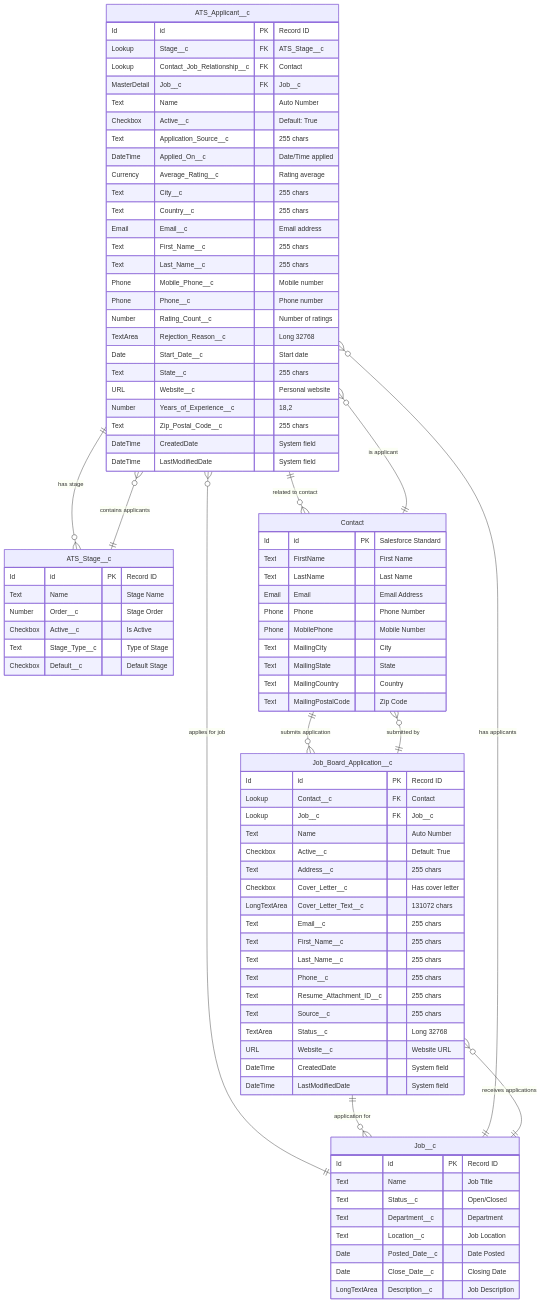
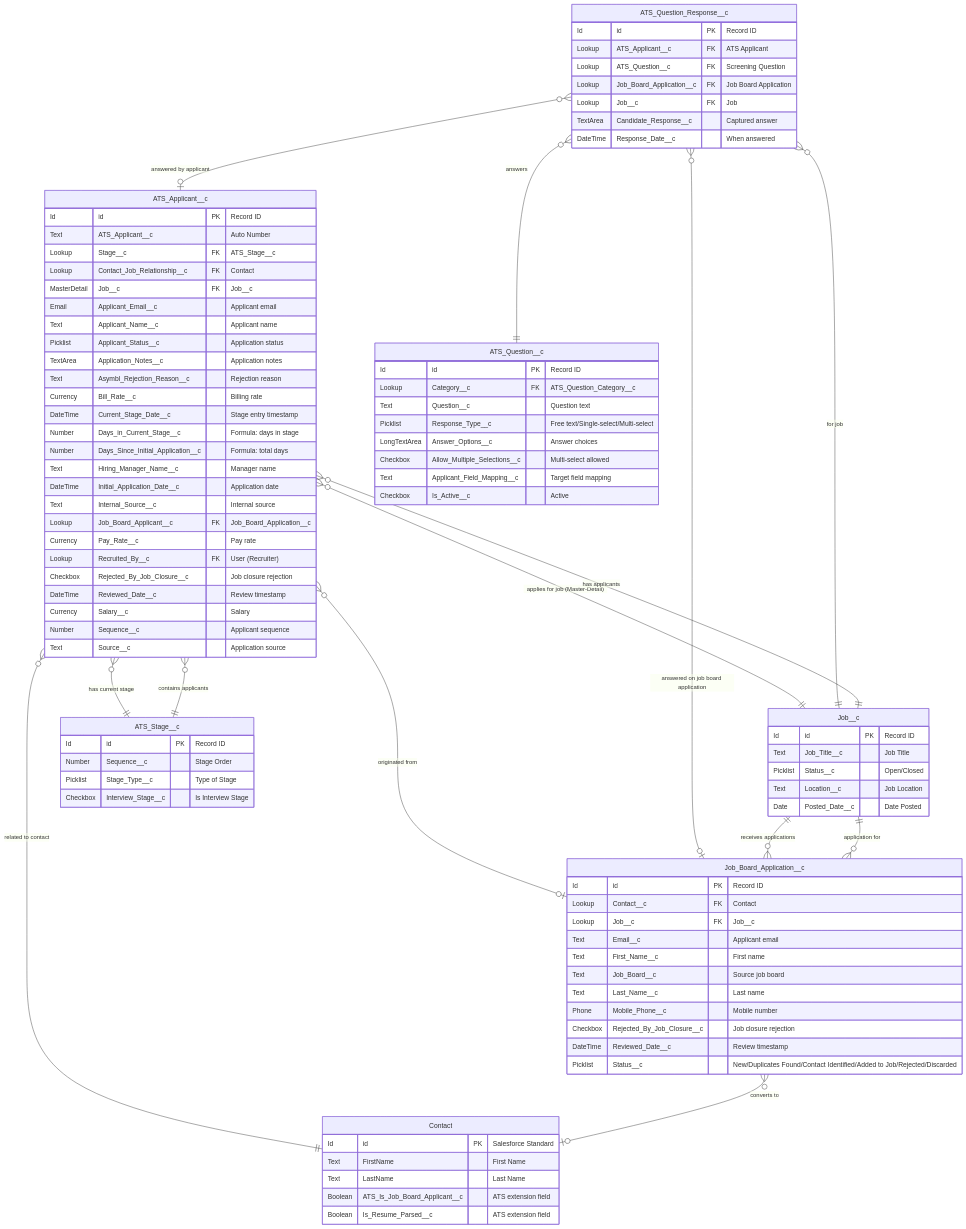
The diagram in ATS/ERD_Applicant_Management.md (asymblinc/ProductDocumentations), drawn with Mermaid before and after one commit. The commit also changed other lines of this file and 12 other files, not shown here.

First line of the commit message:
docs(ATS): refresh against bpats master, remove fabricated content

````diff
--- a/ATS/ERD_Applicant_Management.md
+++ b/ATS/ERD_Applicant_Management.md
@@ -7,99 +9,105 @@
     %% Color coding for different object types
     ATS_Applicant__c {
         Id id PK "Record ID"
+        Text ATS_Applicant__c "Auto Number"
         Lookup Stage__c FK "ATS_Stage__c"
         Lookup Contact_Job_Relationship__c FK "Contact"
         MasterDetail Job__c FK "Job__c"
-        Text Name "Auto Number"
-        Checkbox Active__c "Default: True"
-        Text Application_Source__c "255 chars"
-        DateTime Applied_On__c "Date/Time applied"
-        Currency Average_Rating__c "Rating average"
-        Text City__c "255 chars"
-        Text Country__c "255 chars"
-        Email Email__c "Email address"
-        Text First_Name__c "255 chars"
-        Text Last_Name__c "255 chars"
-        Phone Mobile_Phone__c "Mobile number"
-        Phone Phone__c "Phone number"
-        Number Rating_Count__c "Number of ratings"
-        TextArea Rejection_Reason__c "Long 32768"
-        Date Start_Date__c "Start date"
-        Text State__c "255 chars"
-        URL Website__c "Personal website"
-        Number Years_of_Experience__c "18,2"
-        Text Zip_Postal_Code__c "255 chars"
-        DateTime CreatedDate "System field"
-        DateTime LastModifiedDate "System field"
+        Email Applicant_Email__c "Applicant email"
+        Text Applicant_Name__c "Applicant name"
+        Picklist Applicant_Status__c "Application status"
+        TextArea Application_Notes__c "Application notes"
+        Text Asymbl_Rejection_Reason__c "Rejection reason"
+        Currency Bill_Rate__c "Billing rate"
+        DateTime Current_Stage_Date__c "Stage entry timestamp"
+        Number Days_in_Current_Stage__c "Formula: days in stage"
+        Number Days_Since_Initial_Application__c "Formula: total days"
+        Text Hiring_Manager_Name__c "Manager name"
+        DateTime Initial_Application_Date__c "Application date"
+        Text Internal_Source__c "Internal source"
+        Lookup Job_Board_Applicant__c FK "Job_Board_Application__c"
+        Currency Pay_Rate__c "Pay rate"
+        Lookup Recruited_By__c FK "User (Recruiter)"
+        Checkbox Rejected_By_Job_Closure__c "Job closure rejection"
+        DateTime Reviewed_Date__c "Review timestamp"
+        Currency Salary__c "Salary"
+        Number Sequence__c "Applicant sequence"
+        Text Source__c "Application source"
     }
 
     Job_Board_Application__c {
         Id id PK "Record ID"
         Lookup Contact__c FK "Contact"
         Lookup Job__c FK "Job__c"
-        Text Name "Auto Number"
-        Checkbox Active__c "Default: True"
-        Text Address__c "255 chars"
-        Checkbox Cover_Letter__c "Has cover letter"
-        LongTextArea Cover_Letter_Text__c "131072 chars"
-        Text Email__c "255 chars"
-        Text First_Name__c "255 chars"
-        Text Last_Name__c "255 chars"
-        Text Phone__c "255 chars"
-        Text Resume_Attachment_ID__c "255 chars"
-        Text Source__c "255 chars"
-        TextArea Status__c "Long 32768"
-        URL Website__c "Website URL"
-        DateTime CreatedDate "System field"
-        DateTime LastModifiedDate "System field"
+        Text Email__c "Applicant email"
+        Text First_Name__c "First name"
+        Text Job_Board__c "Source job board"
+        Text Last_Name__c "Last name"
+        Phone Mobile_Phone__c "Mobile number"
+        Checkbox Rejected_By_Job_Closure__c "Job closure rejection"
+        DateTime Reviewed_Date__c "Review timestamp"
+        Picklist Status__c "New/Duplicates Found/Contact Identified/Added to Job/Rejected/Discarded"
+    }
+
+    ATS_Question_Response__c {
+        Id id PK "Record ID"
+        Lookup ATS_Applicant__c FK "ATS Applicant"
+        Lookup ATS_Question__c FK "Screening Question"
+        Lookup Job_Board_Application__c FK "Job Board Application"
+        Lookup Job__c FK "Job"
+        TextArea Candidate_Response__c "Captured answer"
+        DateTime Response_Date__c "When answered"
+    }
+
+    ATS_Question__c {
+        Id id PK "Record ID"
+        Lookup Category__c FK "ATS_Question_Category__c"
+        Text Question__c "Question text"
+        Picklist Response_Type__c "Free text/Single-select/Multi-select"
+        LongTextArea Answer_Options__c "Answer choices"
+        Checkbox Allow_Multiple_Selections__c "Multi-select allowed"
+        Text Applicant_Field_Mapping__c "Target field mapping"
+        Checkbox Is_Active__c "Active"
     }
 
     Job__c {
         Id id PK "Record ID"
-        Text Name "Job Title"
-        Text Status__c "Open/Closed"
-        Text Department__c "Department"
+        Text Job_Title__c "Job Title"
+        Picklist Status__c "Open/Closed"
         Text Location__c "Job Location"
         Date Posted_Date__c "Date Posted"
-        Date Close_Date__c "Closing Date"
-        LongTextArea Description__c "Job Description"
     }
 
     ATS_Stage__c {
         Id id PK "Record ID"
-        Text Name "Stage Name"
-        Number Order__c "Stage Order"
-        Checkbox Active__c "Is Active"
-        Text Stage_Type__c "Type of Stage"
-        Checkbox Default__c "Default Stage"
+        Number Sequence__c "Stage Order"
+        Picklist Stage_Type__c "Type of Stage"
+        Checkbox Interview_Stage__c "Is Interview Stage"
     }
 
     Contact {
         Id id PK "Salesforce Standard"
         Text FirstName "First Name"
         Text LastName "Last Name"
-        Email Email "Email Address"
-        Phone Phone "Phone Number"
-        Phone MobilePhone "Mobile Number"
-        Text MailingCity "City"
-        Text MailingState "State"
-        Text MailingCountry "Country"
-        Text MailingPostalCode "Zip Code"
+        Boolean ATS_Is_Job_Board_Applicant__c "ATS extension field"
+        Boolean Is_Resume_Parsed__c "ATS extension field"
     }
 
     %% Relationships with cardinality
-    ATS_Applicant__c ||--o{ ATS_Stage__c : "has stage"
-    ATS_Applicant__c ||--o{ Contact : "related to contact"
-    ATS_Applicant__c }o--|| Job__c : "applies for job"
-    
-    Job_Board_Application__c ||--o{ Contact : "submitted by"
-    Job_Board_Application__c ||--o{ Job__c : "application for"
-    
-    %% Additional relationships
+    ATS_Applicant__c }o--|| ATS_Stage__c : "has current stage"
+    ATS_Applicant__c }o--|| Contact : "related to contact"
+    ATS_Applicant__c }o--|| Job__c : "applies for job (Master-Detail)"
+    ATS_Applicant__c }o--o| Job_Board_Application__c : "originated from"
+
+    Job_Board_Application__c }o--o| Contact : "converts to"
+    Job_Board_Application__c }o--|| Job__c : "application for"
+
+    ATS_Question_Response__c }o--o| ATS_Applicant__c : "answered by applicant"
+    ATS_Question_Response__c }o--o| Job_Board_Application__c : "answered on job board application"
+    ATS_Question_Response__c }o--|| ATS_Question__c : "answers"
+    ATS_Question_Response__c }o--|| Job__c : "for job"
+
     Job__c ||--o{ ATS_Applicant__c : "has applicants"
     Job__c ||--o{ Job_Board_Application__c : "receives applications"
-    Contact ||--o{ ATS_Applicant__c : "is applicant"
-    Contact ||--o{ Job_Board_Application__c : "submits application"
     ATS_Stage__c ||--o{ ATS_Applicant__c : "contains applicants"
-
 ```
````
